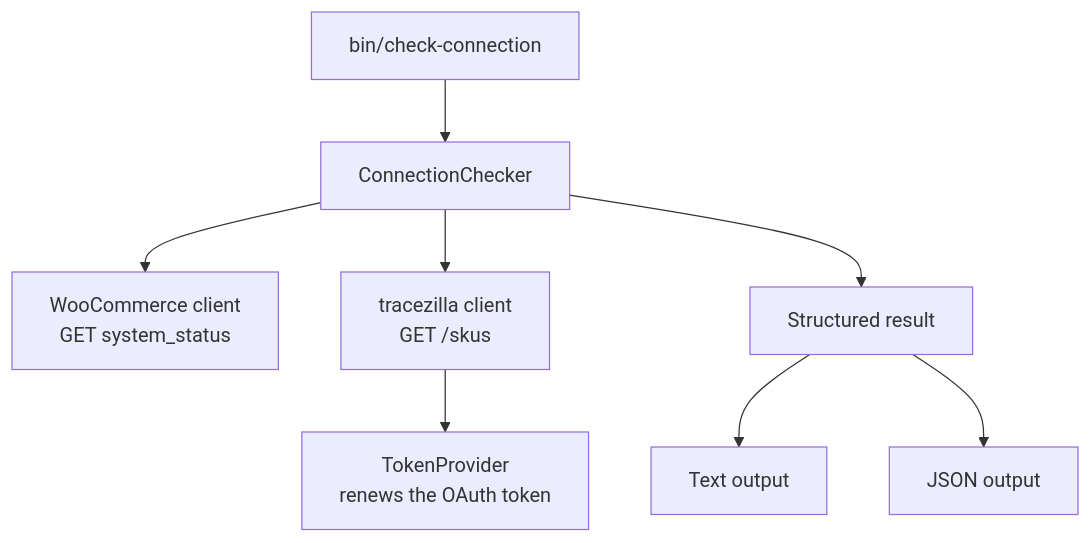
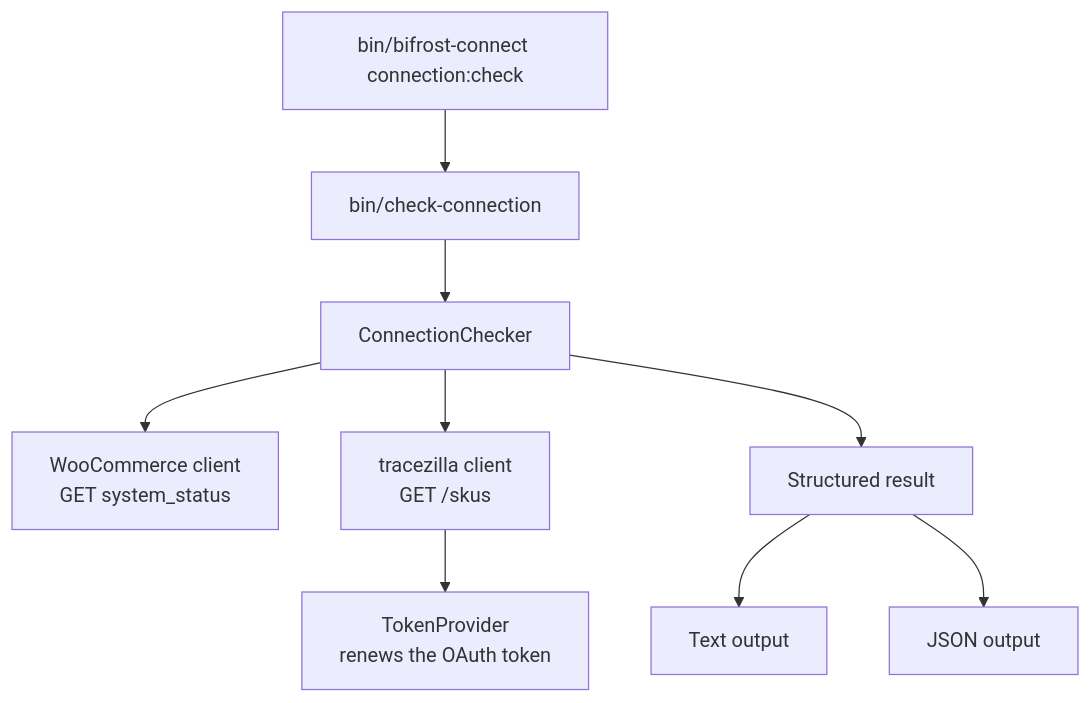
One commit to Happy-Bananas/tracezilla-integrations-docs changed the diagram in woocommerce/check-connections.md. Above: the diagram before and after it, drawn with Mermaid. The commit also changed other lines of this file and 6 other files, not shown here.

```diff
--- a/woocommerce/check-connections.md
+++ b/woocommerce/check-connections.md
@@ -103,10 +104,11 @@
 <pre class="mermaid">
 flowchart TB
-    Command[bin/check-connection] --> Checker[ConnectionChecker]
+    Entry[bin/bifrost-connect connection:check] --> Command[bin/check-connection]
+    Command --> Checker[ConnectionChecker]
     Checker --> Woo[WooCommerce client<br>GET system_status]
     Checker --> TZ[tracezilla client<br>GET /skus]
     TZ --> Tokens[TokenProvider<br>renews the OAuth token]
     Checker --> Result[Structured result]
     Result --> Text[Text output]
     Result --> Json[JSON output]
 </pre>
```
